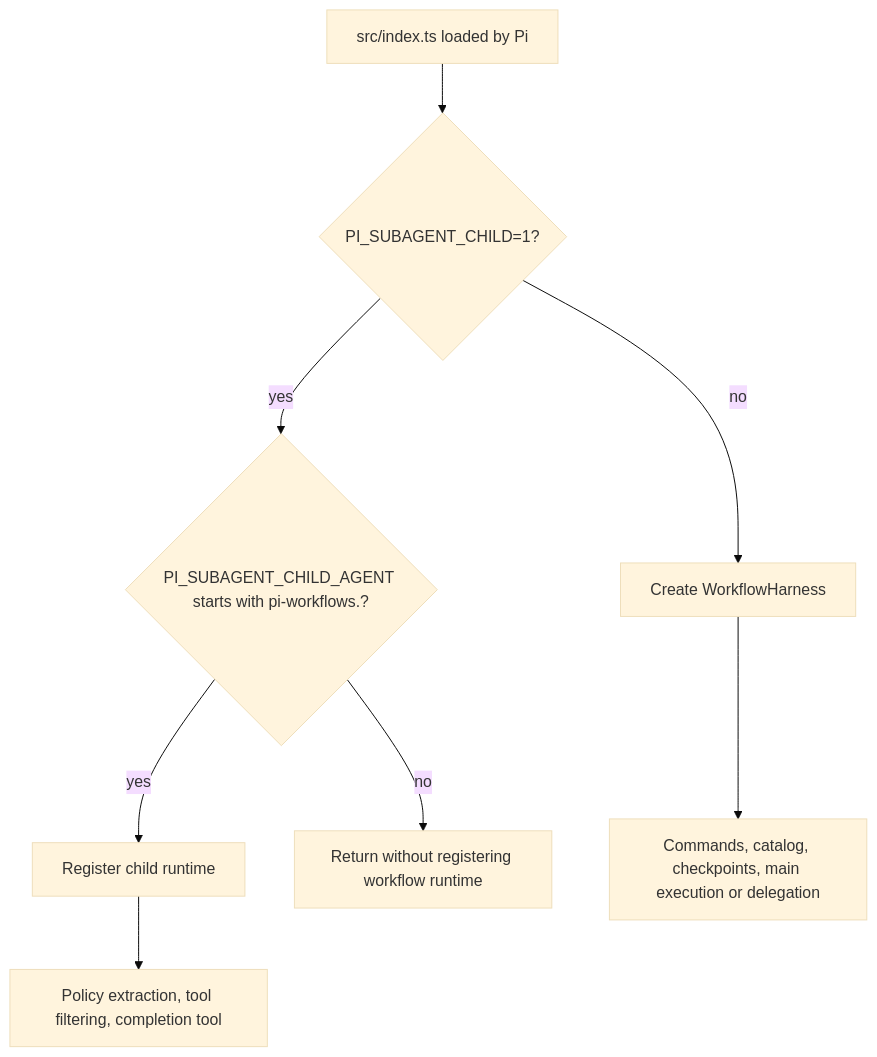
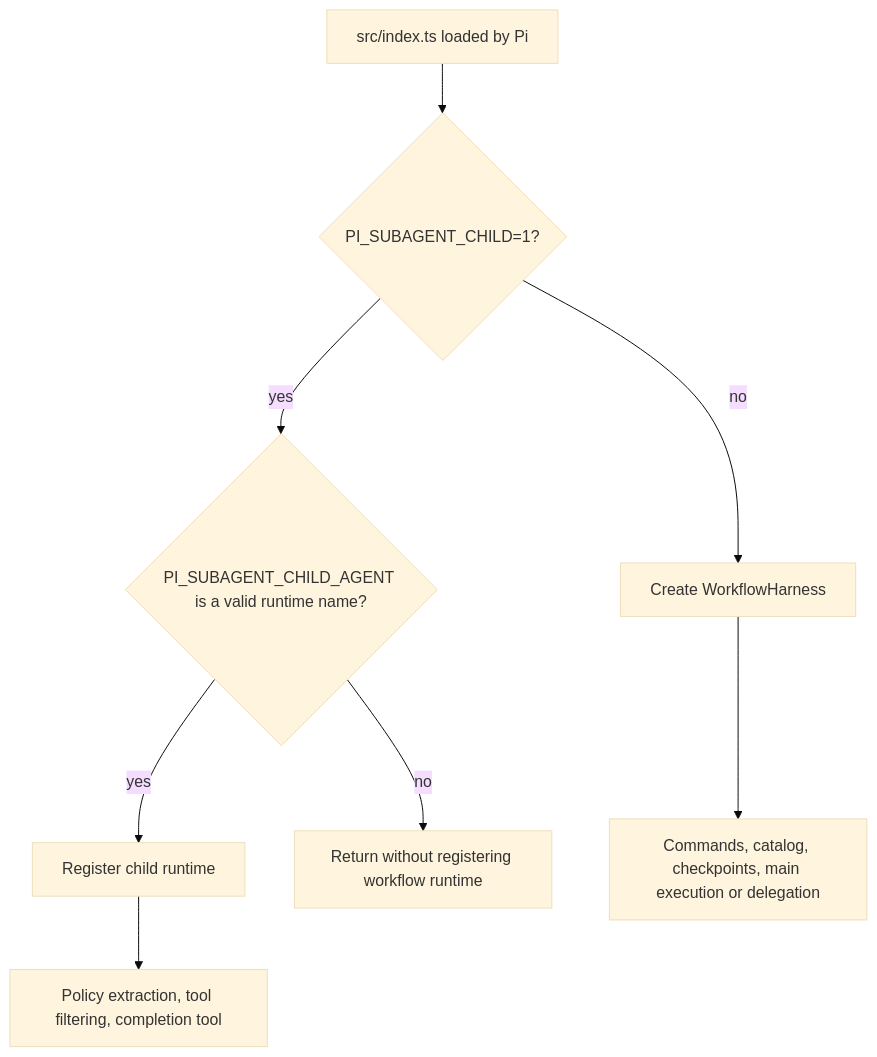
Before and after one commit to wichayutdew/pi-workflows: the second of 5 diagrams in openwiki/architecture/overview.md, drawn with Mermaid (base theme). The commit also changed 24 other files, not shown here.

````diff
--- a/openwiki/architecture/overview.md
+++ b/openwiki/architecture/overview.md
@@ -41,12 +41,12 @@
 ```mermaid
 flowchart TD
   Start[src/index.ts loaded by Pi]
   Start --> ChildEnv{PI_SUBAGENT_CHILD=1?}
   ChildEnv -- no --> Parent[Create WorkflowHarness]
-  ChildEnv -- yes --> NameOk{PI_SUBAGENT_CHILD_AGENT starts with pi-workflows.?}
+  ChildEnv -- yes --> NameOk{PI_SUBAGENT_CHILD_AGENT is a valid runtime name?}
   NameOk -- yes --> Child[Register child runtime]
   NameOk -- no --> Noop[Return without registering workflow runtime]
 
   Parent --> ParentWork[Commands, catalog, checkpoints, main execution or delegation]
   Child --> ChildWork[Policy extraction, tool filtering, completion tool]
 ```
````
